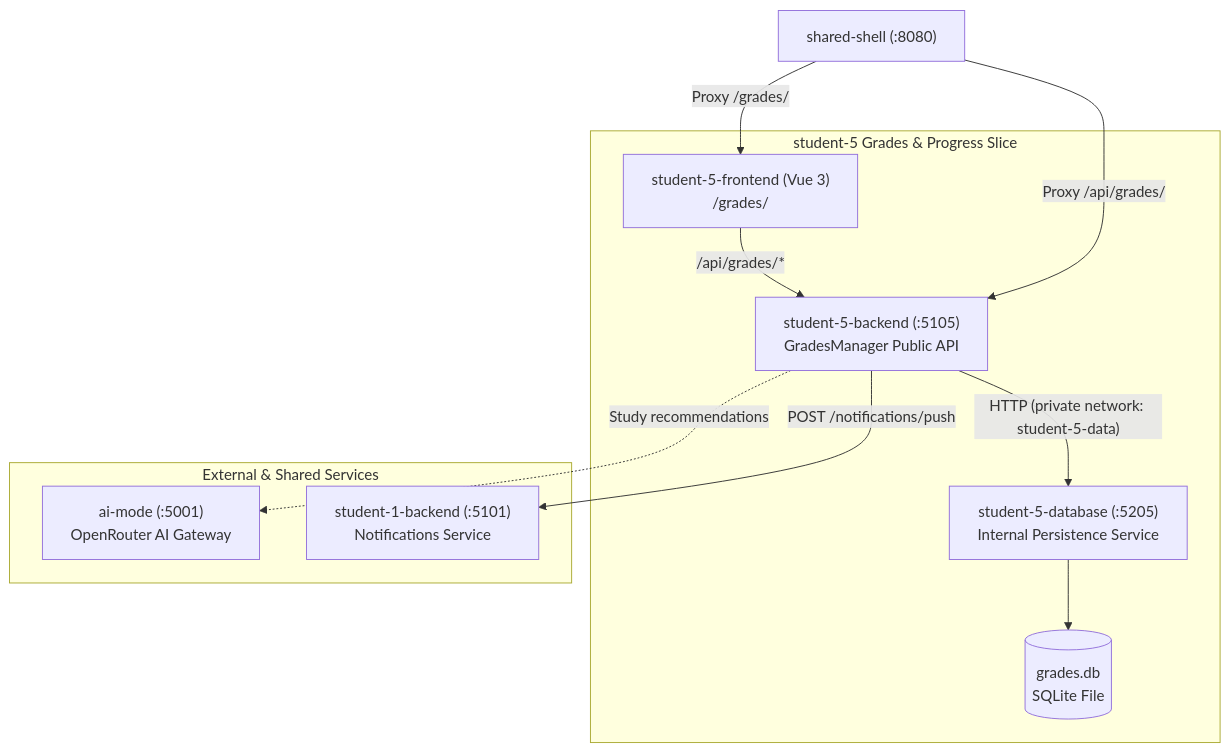
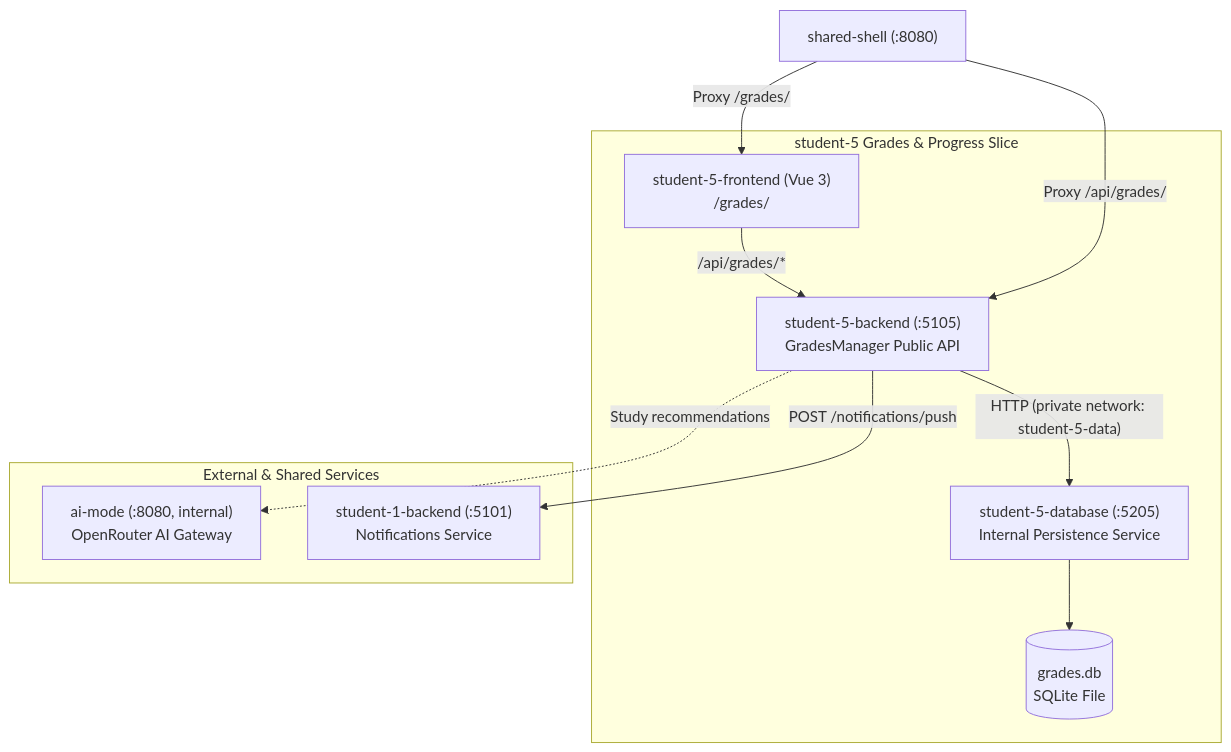
The diagram in student-5/README.md (AmAComputerNerd/41026--software-development-project), drawn with Mermaid before and after one commit. The commit also changed 31 other files, not shown here.

````diff
--- a/student-5/README.md
+++ b/student-5/README.md
@@ -24,26 +24,26 @@
 ```mermaid
 flowchart TD
     Shell["shared-shell (:8080)"]
 
     subgraph Student5Slice["student-5 Grades & Progress Slice"]
         FE["student-5-frontend (Vue 3)<br>/grades/"]
         BE["student-5-backend (:5105)<br>GradesManager Public API"]
         DB["student-5-database (:5205)<br>Internal Persistence Service"]
         Storage[("grades.db<br>SQLite File")]
         
         FE -- "/api/grades/*" --> BE
         BE -- "HTTP (private network: student-5-data)" --> DB
         DB --> Storage
     end
 
     subgraph ExternalServices["External & Shared Services"]
-        AIM["ai-mode (:5001)<br>OpenRouter AI Gateway"]
+        AIM["ai-mode (:8080, internal)<br>OpenRouter AI Gateway"]
         S1["student-1-backend (:5101)<br>Notifications Service"]
     end
 
     Shell -- "Proxy /grades/" --> FE
     Shell -- "Proxy /api/grades/" --> BE
 
     BE -. "Study recommendations" .-> AIM
     BE -- "POST /notifications/push" --> S1
 ```
````
